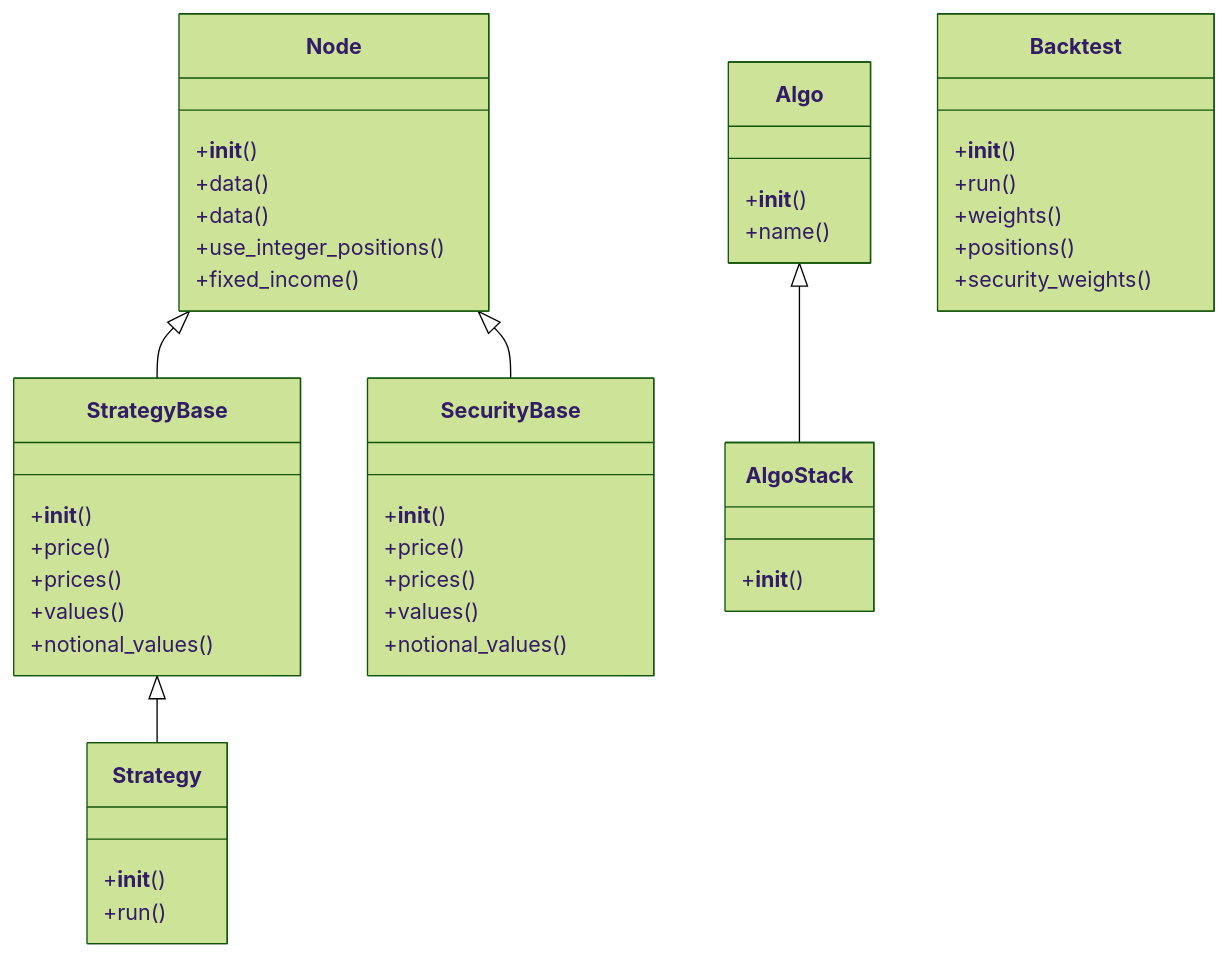
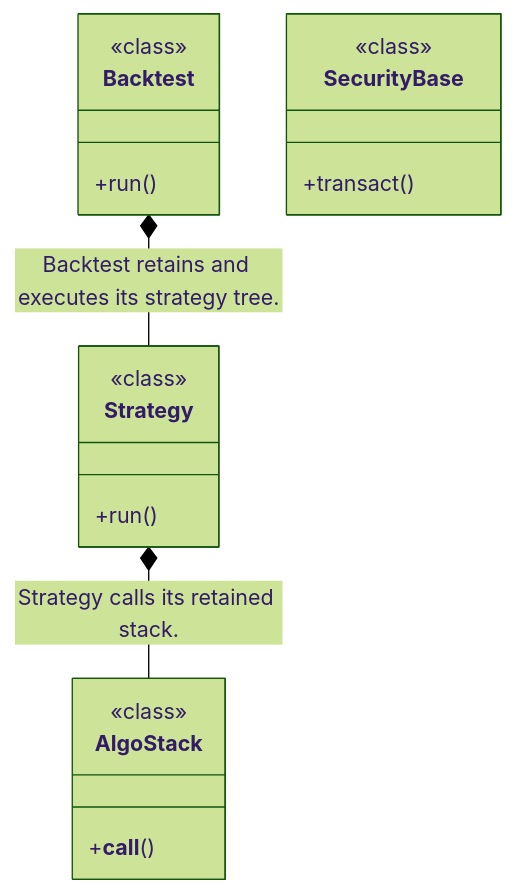
Before and after one commit to alexcwyu/bt: the second of 4 diagrams in docs/ayu-develop.md, drawn with Mermaid (forest theme). The commit also changed other lines of this file and 12 other files, not shown here.

Commit message:
docs: standardize source-reviewed system guides and offline diagrams

````diff
--- a/docs/ayu-develop.md
+++ b/docs/ayu-develop.md
@@ -80,46 +87,21 @@
 ```mermaid
 classDiagram
-    class Node {
-        +__init__()
-        +data()
-        +data()
-        +use_integer_positions()
-        +fixed_income()
-    }
-    class StrategyBase {
-        +__init__()
-        +price()
-        +prices()
-        +values()
-        +notional_values()
-    }
-    Node <|-- StrategyBase
-    class SecurityBase {
-        +__init__()
-        +price()
-        +prices()
-        +values()
-        +notional_values()
-    }
-    Node <|-- SecurityBase
-    class Algo {
-        +__init__()
-        +name()
-    }
-    class AlgoStack {
-        +__init__()
-    }
-    Algo <|-- AlgoStack
-    class Strategy {
-        +__init__()
-        +run()
-    }
-    StrategyBase <|-- Strategy
-    class Backtest {
-        +__init__()
-        +run()
-        +weights()
-        +positions()
-        +security_weights()
-    }
+  class N0["Backtest"] {
+    <<class>>
+    +run()
+  }
+  class N1["Strategy"] {
+    <<class>>
+    +run()
+  }
+  class N2["AlgoStack"] {
+    <<class>>
+    +__call__()
+  }
+  class N3["SecurityBase"] {
+    <<class>>
+    +transact()
+  }
+  N0 *-- N1 : Backtest retains and executes its strategy tree.
+  N1 *-- N2 : Strategy calls its retained stack.
 ```
````
